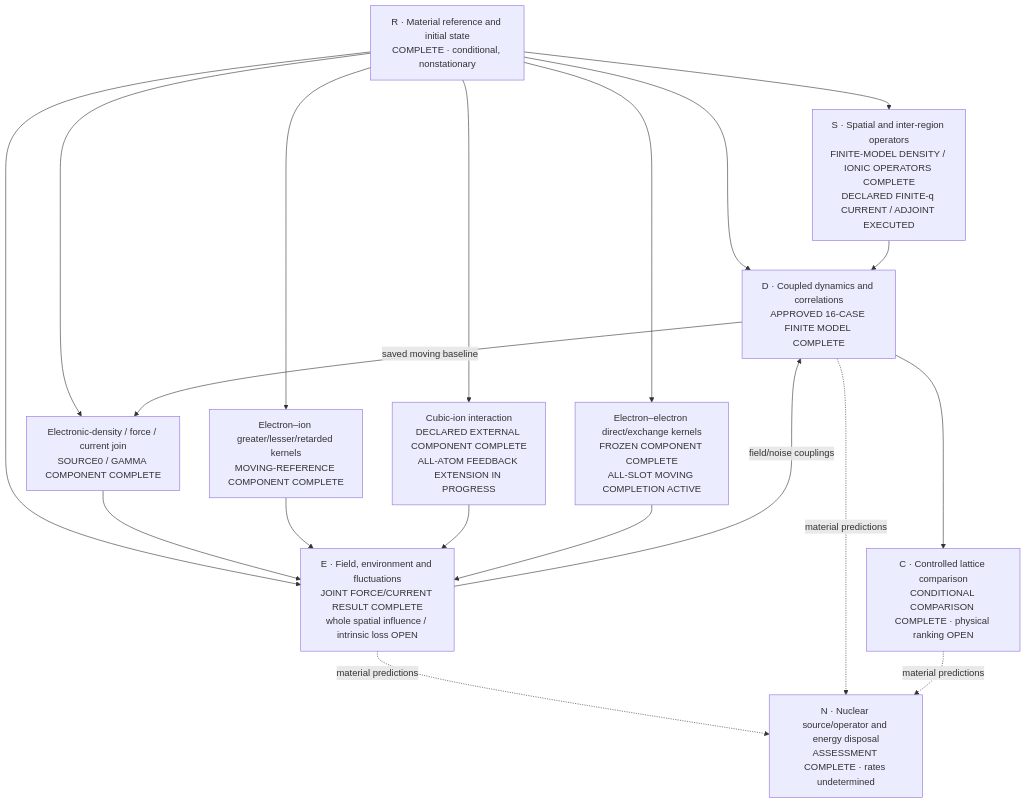
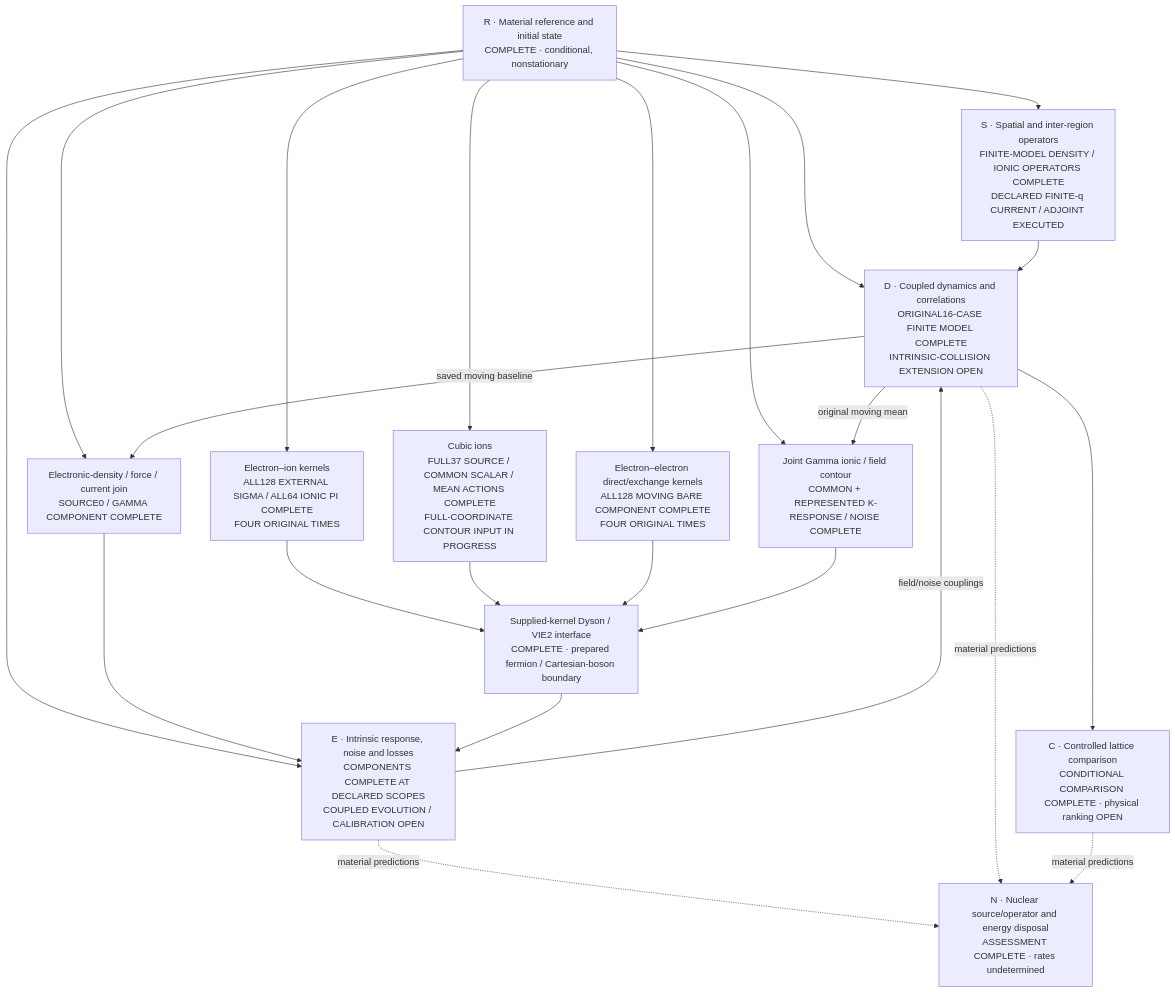
One commit to vantasnerdan/substrate-framework changed the diagram in proposals/P254-ni-collective-response/SOLUTION.md. Above: the diagram before and after it, drawn with Mermaid. The commit also changed other lines of this file and 199 other files, not shown here.

Commit message:
Complete moving intrinsic components and canonical contour interfaces

````diff
--- a/proposals/P254-ni-collective-response/SOLUTION.md
+++ b/proposals/P254-ni-collective-response/SOLUTION.md
@@ -16,31 +16,37 @@
 ```mermaid
 flowchart TD
     R["R · Material reference and initial state\nCOMPLETE · conditional, nonstationary"]
     S["S · Spatial and inter-region operators\nFINITE-MODEL DENSITY / IONIC OPERATORS COMPLETE\nDECLARED FINITE-q CURRENT / ADJOINT EXECUTED"]
-    E["E · Field, environment and fluctuations\nJOINT FORCE/CURRENT RESULT COMPLETE\nwhole spatial influence / intrinsic loss OPEN"]
+    E["E · Intrinsic response, noise and losses\nCOMPONENTS COMPLETE AT DECLARED SCOPES\nCOUPLED EVOLUTION / CALIBRATION OPEN"]
     ED["Electronic-density / force / current join\nSOURCE0 / GAMMA COMPONENT COMPLETE"]
-    EI["Electron–ion greater/lesser/retarded kernels\nMOVING-REFERENCE COMPONENT COMPLETE"]
-    EA["Cubic-ion interaction\nDECLARED EXTERNAL COMPONENT COMPLETE\nALL-ATOM FEEDBACK EXTENSION IN PROGRESS"]
-    EE["Electron–electron direct/exchange kernels\nFROZEN COMPONENT COMPLETE\nALL-SLOT MOVING COMPLETION ACTIVE"]
-    D["D · Coupled dynamics and correlations\nAPPROVED 16-CASE FINITE MODEL COMPLETE"]
+    EI["Electron–ion kernels\nALL128 EXTERNAL SIGMA / ALL64 IONIC PI COMPLETE\nFOUR ORIGINAL TIMES"]
+    EA["Cubic ions\nFULL37 SOURCE / COMMON SCALAR / MEAN ACTIONS COMPLETE\nFULL-COORDINATE CONTOUR INPUT IN PROGRESS"]
+    EE["Electron–electron direct/exchange kernels\nALL128 MOVING BARE COMPONENT COMPLETE\nFOUR ORIGINAL TIMES"]
+    EJ["Joint Gamma ionic / field contour\nCOMMON + REPRESENTED K-RESPONSE / NOISE COMPLETE"]
+    EV["Supplied-kernel Dyson / VIE2 interface\nCOMPLETE · prepared fermion / Cartesian-boson boundary"]
+    D["D · Coupled dynamics and correlations\nORIGINAL16-CASE FINITE MODEL COMPLETE\nINTRINSIC-COLLISION EXTENSION OPEN"]
     C["C · Controlled lattice comparison\nCONDITIONAL COMPARISON COMPLETE · physical ranking OPEN"]
     N["N · Nuclear source/operator and energy disposal\nASSESSMENT COMPLETE · rates undetermined"]
     R --> S
     R --> E
     R --> ED
     R --> EI
     R --> EA
     R --> EE
+    R --> EJ
     ED --> E
-    EI --> E
-    EA --> E
-    EE --> E
+    EI --> EV
+    EA --> EV
+    EE --> EV
+    EJ --> EV
+    EV --> E
     R --> D
     S --> D
     E -- "field/noise couplings" --> D
     D -- "saved moving baseline" --> ED
+    D -- "original moving mean" --> EJ
     D --> C
     E -. "material predictions" .-> N
     D -. "material predictions" .-> N
     C -. "material predictions" .-> N
 ```
````
